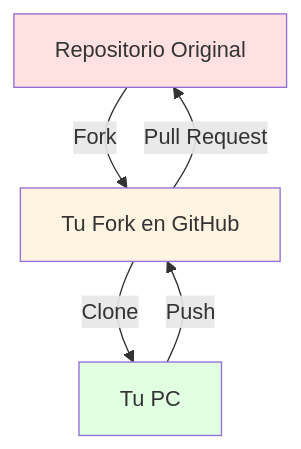
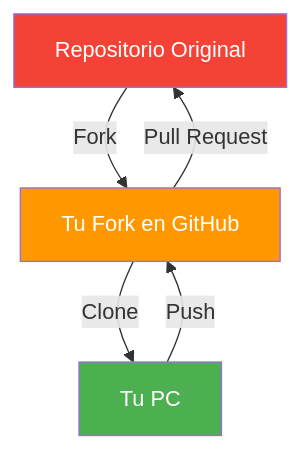
Before and after one commit to joseluisgs/EntornosDesarrollo-03-2026-2027: the third of 7 diagrams in 04-colaboracion.md, drawn with Mermaid. The commit also changed other lines of this file and 5 other files, not shown here.

````diff
--- a/04-colaboracion.md
+++ b/04-colaboracion.md
@@ -126,11 +220,11 @@
 ```mermaid
 graph TD
     A[Repositorio Original] -->|Fork| B[Tu Fork en GitHub]
     B -->|Clone| C[Tu PC]
     C -->|Push| B
     B -->|Pull Request| A
     
-    style A fill:#ffe1e1
-    style B fill:#fff4e1
-    style C fill:#e1ffe1
+    style A fill:#f44336,color:#fff
+    style B fill:#FF9800,color:#fff
+    style C fill:#4CAF50,color:#fff
 ```
````
